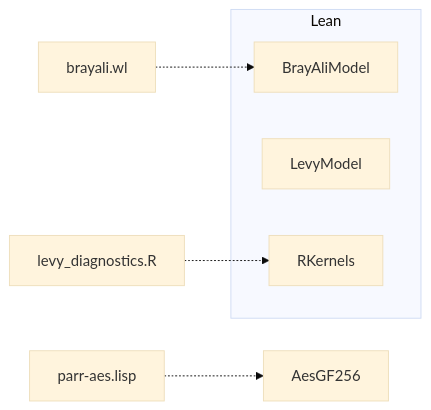
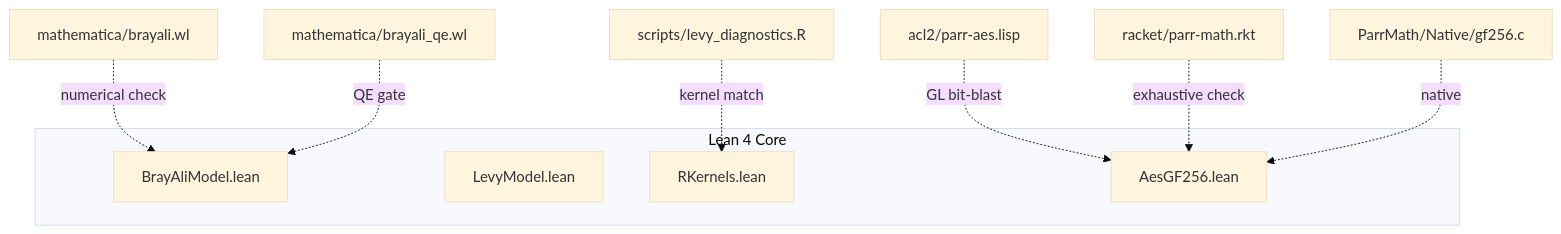
Before and after one commit to AHMADALIPARR/levy-characterization-lean: the diagram in README.md, drawn with Mermaid (base theme). The commit also changed other lines of this file and 5 other files, not shown here.

````diff
--- a/README.md
+++ b/README.md
@@ -75,11 +34,15 @@
 ```mermaid
-flowchart LR
-    subgraph Lean
-        BAM[BrayAliModel]
-        LM[LevyModel]
-        RK[RKernels]
+flowchart TB
+    subgraph Lean["Lean 4 Core"]
+        BAM[BrayAliModel.lean]
+        LM[LevyModel.lean]
+        RK[RKernels.lean]
+        AES[AesGF256.lean]
     end
-    W[brayali.wl] -.-> BAM
-    R[levy_diagnostics.R] -.-> RK
-    ACL[parr-aes.lisp] -.-> AES[AesGF256]
+    W[mathematica/brayali.wl] -.->|numerical check| BAM
+    QE[mathematica/brayali_qe.wl] -.->|QE gate| BAM
+    R[scripts/levy_diagnostics.R] -.->|kernel match| RK
+    ACL[acl2/parr-aes.lisp] -.->|GL bit-blast| AES
+    RKPort[racket/parr-math.rkt] -.->|exhaustive check| AES
+    C[ParrMath/Native/gf256.c] -.->|native| AES
 ```
````
